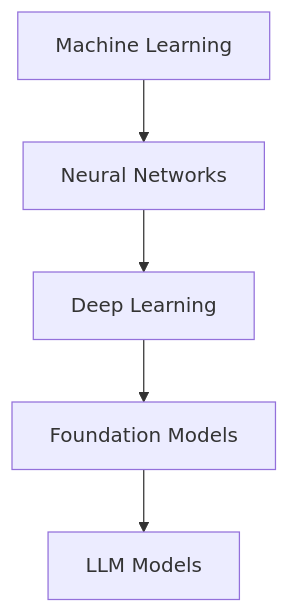
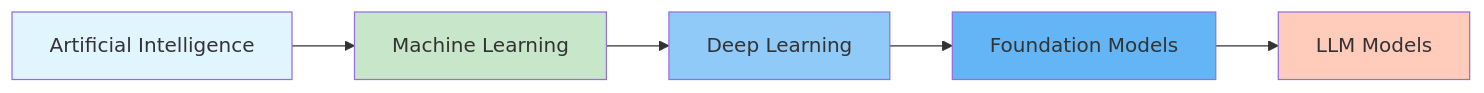
Before and after one commit to arshadhs/arshadhs.github.io: the first of 2 diagrams in content/docs/ai/_index.md, drawn with Mermaid. The commit also changed other lines of this file and 2 other files, not shown here.

```diff
--- a/content/docs/ai/_index.md
+++ b/content/docs/ai/_index.md
@@ -26,13 +15,19 @@
 {{< mermaid >}}
-flowchart TB
+flowchart LR
+    AI[Artificial Intelligence]
     ML[Machine Learning]
-    NN[Neural Networks]
     DL[Deep Learning]
     FM[Foundation Models]
     LLM[LLM Models]
 
-    ML --> NN
-    NN --> DL
+    AI --> ML
+    ML --> DL
     DL --> FM
     FM --> LLM
+
+    style AI fill:#E1F5FE
+    style ML fill:#C8E6C9
+    style DL fill:#90CAF9
+    style FM fill:#64B5F6
+    style LLM fill:#FFCCBC
 {{< /mermaid >}}
```
